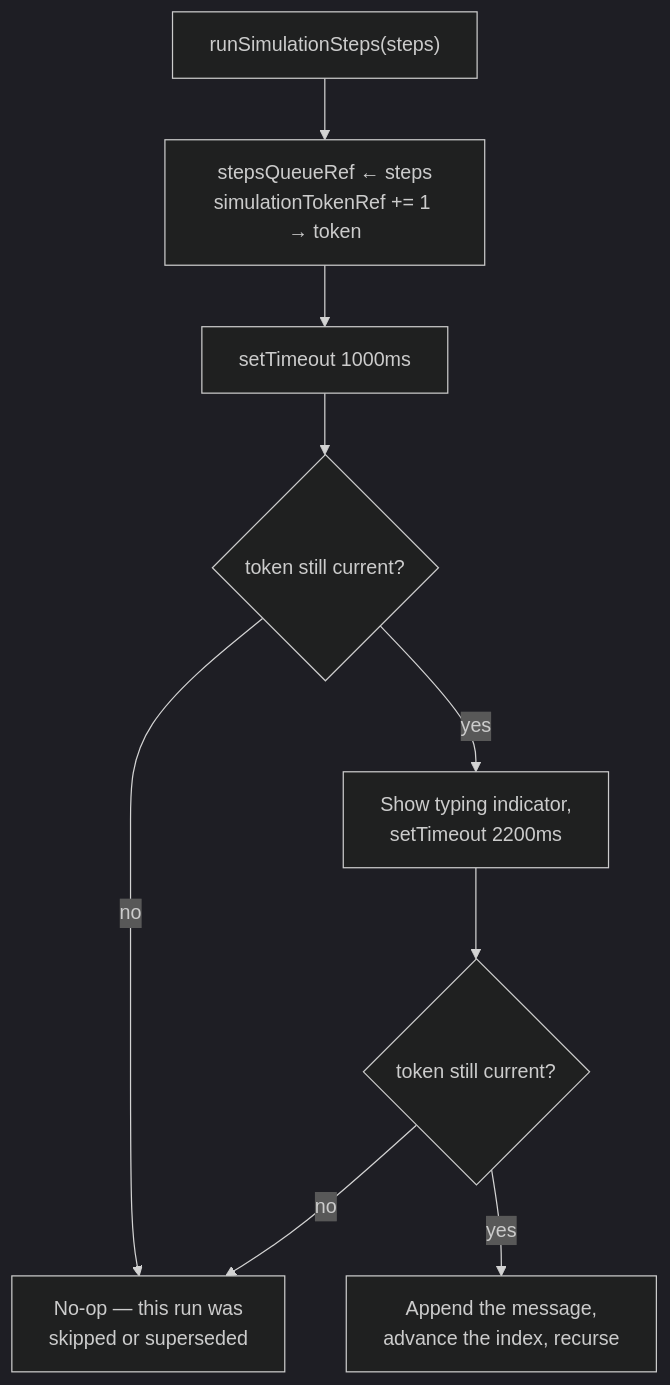
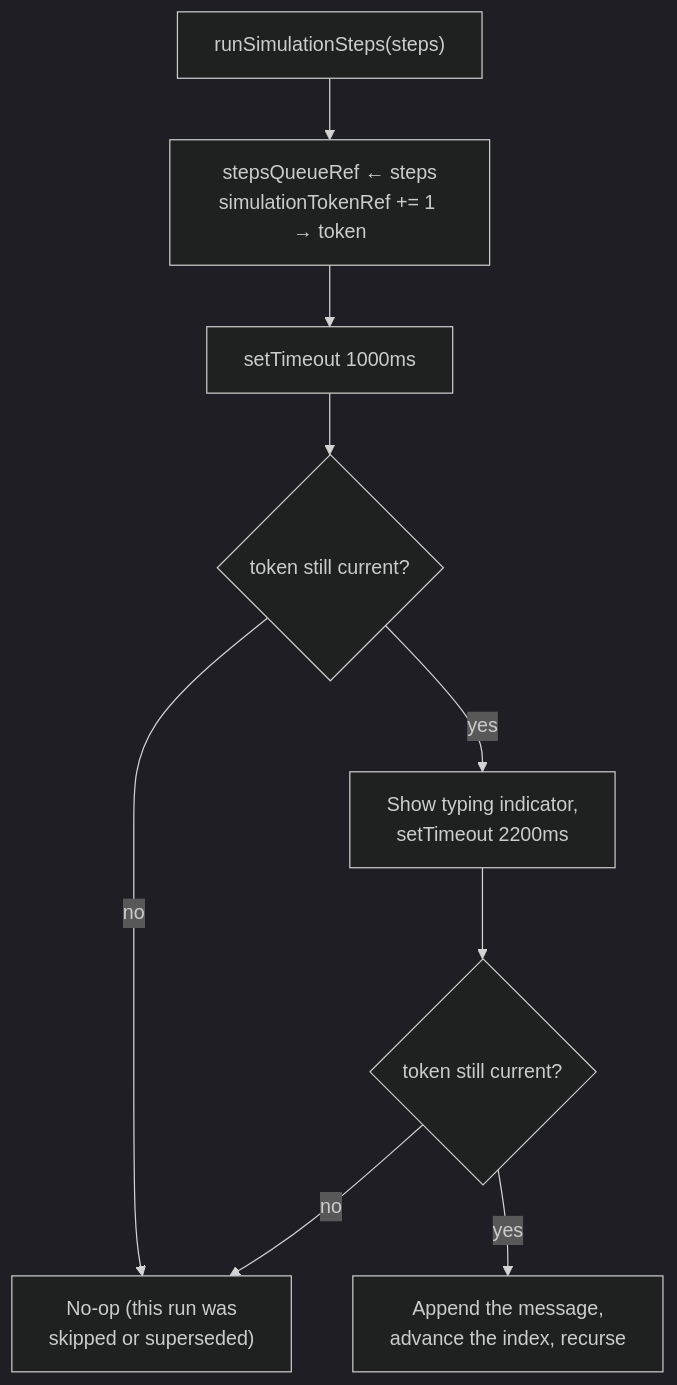
Before and after one commit to Fute-Services/Project-Ticket: the third of 3 diagrams in docs/AI_WORKFLOW.md, drawn with Mermaid (dark theme). The commit also changed other lines of this file and 40 other files, not shown here.

````diff
--- a/docs/AI_WORKFLOW.md
+++ b/docs/AI_WORKFLOW.md
@@ -78,11 +78,11 @@
 ```mermaid
 flowchart TD
     A["runSimulationSteps(steps)"] --> B["stepsQueueRef ← steps\nsimulationTokenRef += 1 → token"]
     B --> C["setTimeout 1000ms"]
     C --> D{"token still current?"}
-    D -->|no| STOP["No-op — this run was\nskipped or superseded"]
+    D -->|no| STOP["No-op (this run was\nskipped or superseded)"]
     D -->|yes| E["Show typing indicator,\nsetTimeout 2200ms"]
     E --> F{"token still current?"}
     F -->|no| STOP
     F -->|yes| G["Append the message,\nadvance the index, recurse"]
 ```
````
